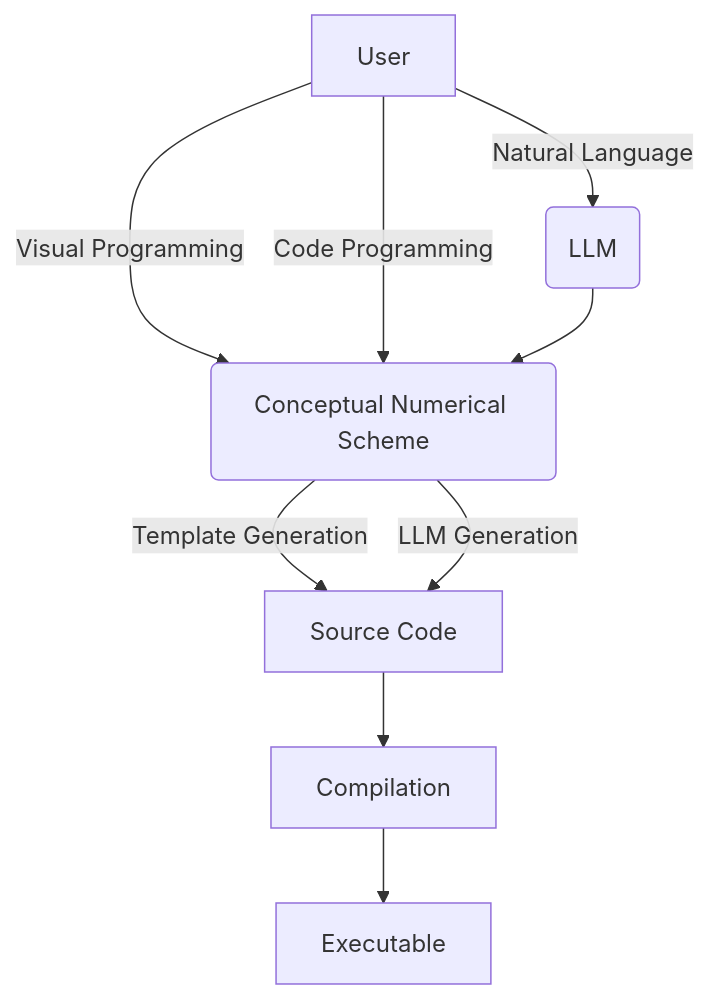
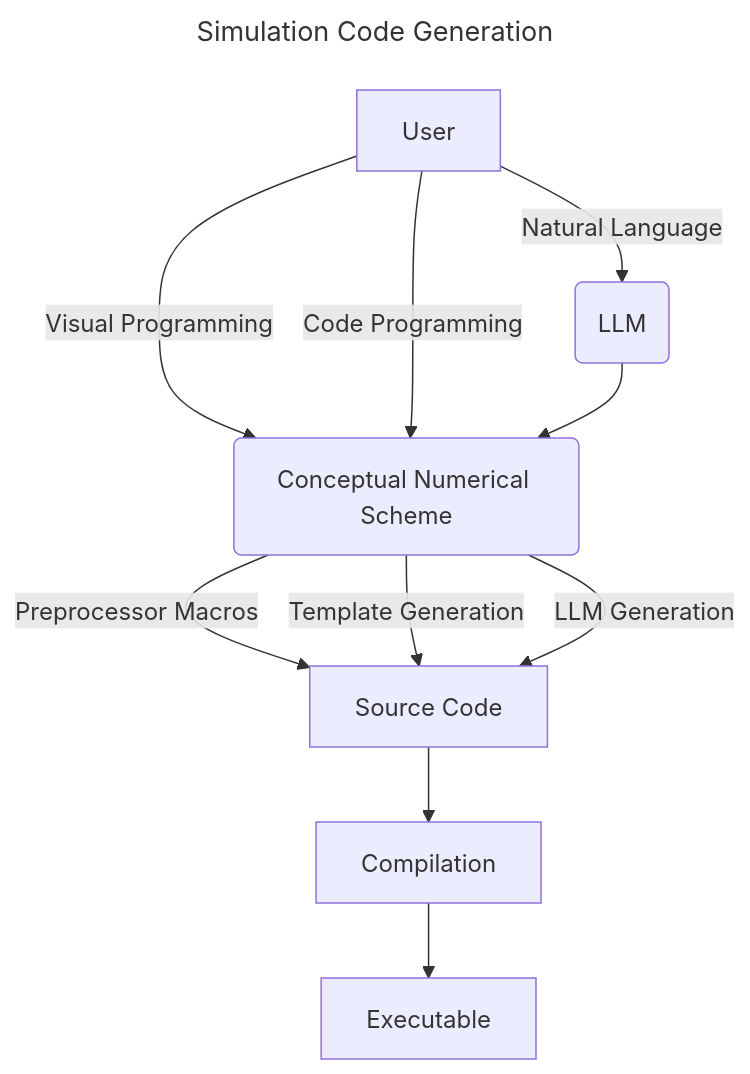
Before and after one commit to ShaitanLyss/these: the first of 2 diagrams in documentation/src/content/docs/overview/code-gen.md, drawn with Mermaid. The commit also changed other lines of this file and 9 other files, not shown here.

````diff
--- a/documentation/src/content/docs/overview/code-gen.md
+++ b/documentation/src/content/docs/overview/code-gen.md
@@ -19,11 +19,17 @@
 ```mermaid
+---
+title: Simulation Code Generation 
+---
 flowchart TD
     User -->|Visual Programming| CNS(Conceptual Numerical Scheme)
     User -->|Code Programming| CNS
     User -->|Natural Language| AI1(LLM)
     AI1 --> CNS
+    CNS -->|Preprocessor Macros| GEN
     CNS -->|Template Generation| GEN[Source Code]
     CNS -->|LLM Generation| GEN
     GEN --> Comp[Compilation]
     Comp --> Executable
+%% Executable --> AI1
+%%   AI1 --> User
 ```
````
